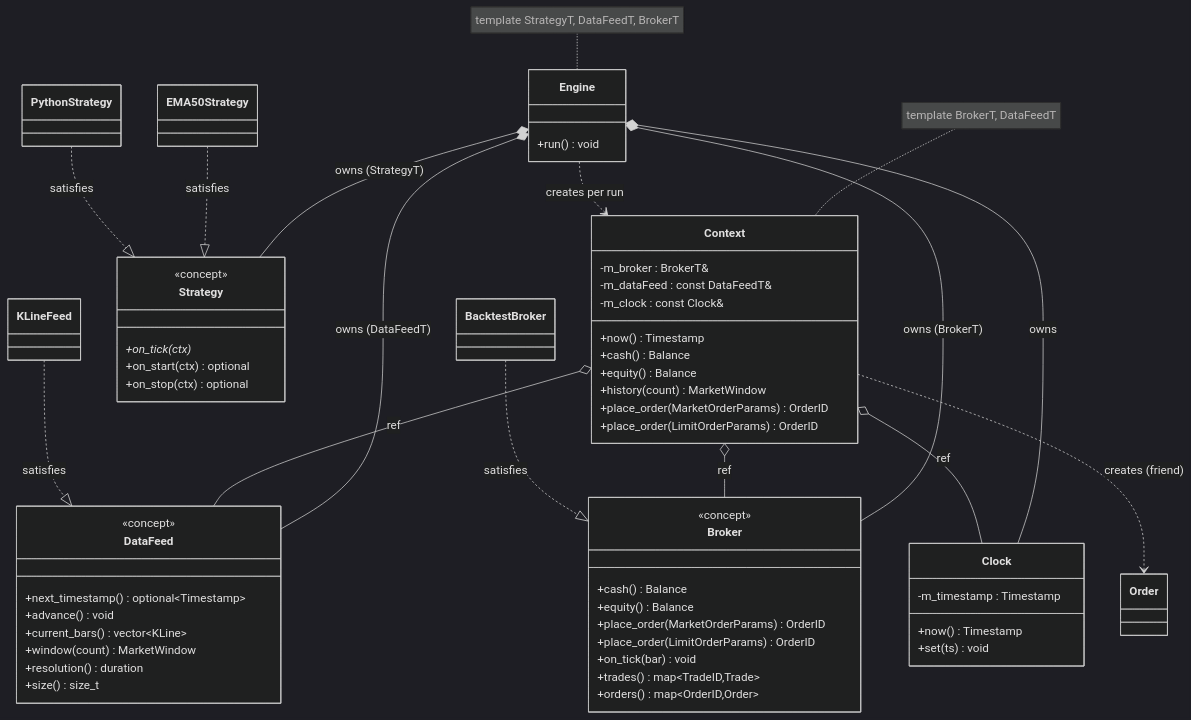
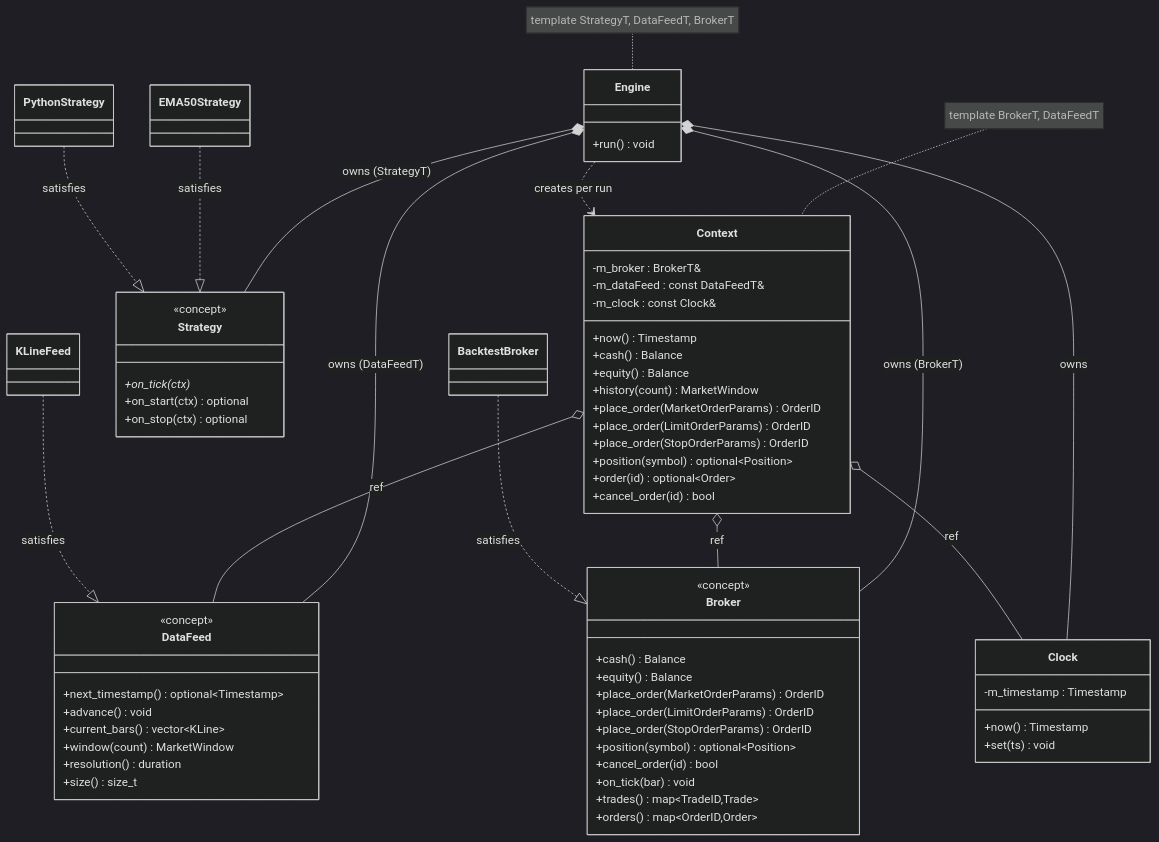
The first of 7 diagrams in docs/architecture.md (barberkman/stonks), drawn with Mermaid (dark theme) before and after one commit. The commit also changed other lines of this file and 7 other files, not shown here.

````diff
--- a/docs/architecture.md
+++ b/docs/architecture.md
@@ -14,68 +14,74 @@
 ```mermaid
 classDiagram
     class Engine {
         +run() void
     }
     class Context {
         -m_broker : BrokerT&
         -m_dataFeed : const DataFeedT&
         -m_clock : const Clock&
         +now() Timestamp
         +cash() Balance
         +equity() Balance
         +history(count) MarketWindow
         +place_order(MarketOrderParams) OrderID
         +place_order(LimitOrderParams) OrderID
+        +place_order(StopOrderParams) OrderID
+        +position(symbol) optional~Position~
+        +order(id) optional~Order~
+        +cancel_order(id) bool
     }
     class Clock {
         -m_timestamp : Timestamp
         +now() Timestamp
         +set(ts) void
     }
     class Strategy {
         <<concept>>
         +on_tick(ctx)*
         +on_start(ctx) optional
         +on_stop(ctx) optional
     }
     class DataFeed {
         <<concept>>
         +next_timestamp() optional~Timestamp~
         +advance() void
         +current_bars() vector~KLine~
         +window(count) MarketWindow
         +resolution() duration
         +size() size_t
     }
     class Broker {
         <<concept>>
         +cash() Balance
         +equity() Balance
         +place_order(MarketOrderParams) OrderID
         +place_order(LimitOrderParams) OrderID
+        +place_order(StopOrderParams) OrderID
+        +position(symbol) optional~Position~
+        +cancel_order(id) bool
         +on_tick(bar) void
         +trades() map~TradeID,Trade~
         +orders() map~OrderID,Order~
     }
     class KLineFeed
     class BacktestBroker
     class EMA50Strategy
     class PythonStrategy
 
     note for Engine "template StrategyT, DataFeedT, BrokerT"
     note for Context "template BrokerT, DataFeedT"
 
     Engine *-- Strategy : owns (StrategyT)
     Engine *-- DataFeed : owns (DataFeedT)
     Engine *-- Broker : owns (BrokerT)
     Engine *-- Clock : owns
     Engine ..> Context : creates per run
     Context o-- Broker : ref
     Context o-- DataFeed : ref
     Context o-- Clock : ref
-    Context ..> Order : creates (friend)
     KLineFeed ..|> DataFeed : satisfies
     BacktestBroker ..|> Broker : satisfies
     EMA50Strategy ..|> Strategy : satisfies
     PythonStrategy ..|> Strategy : satisfies
 ```
````
